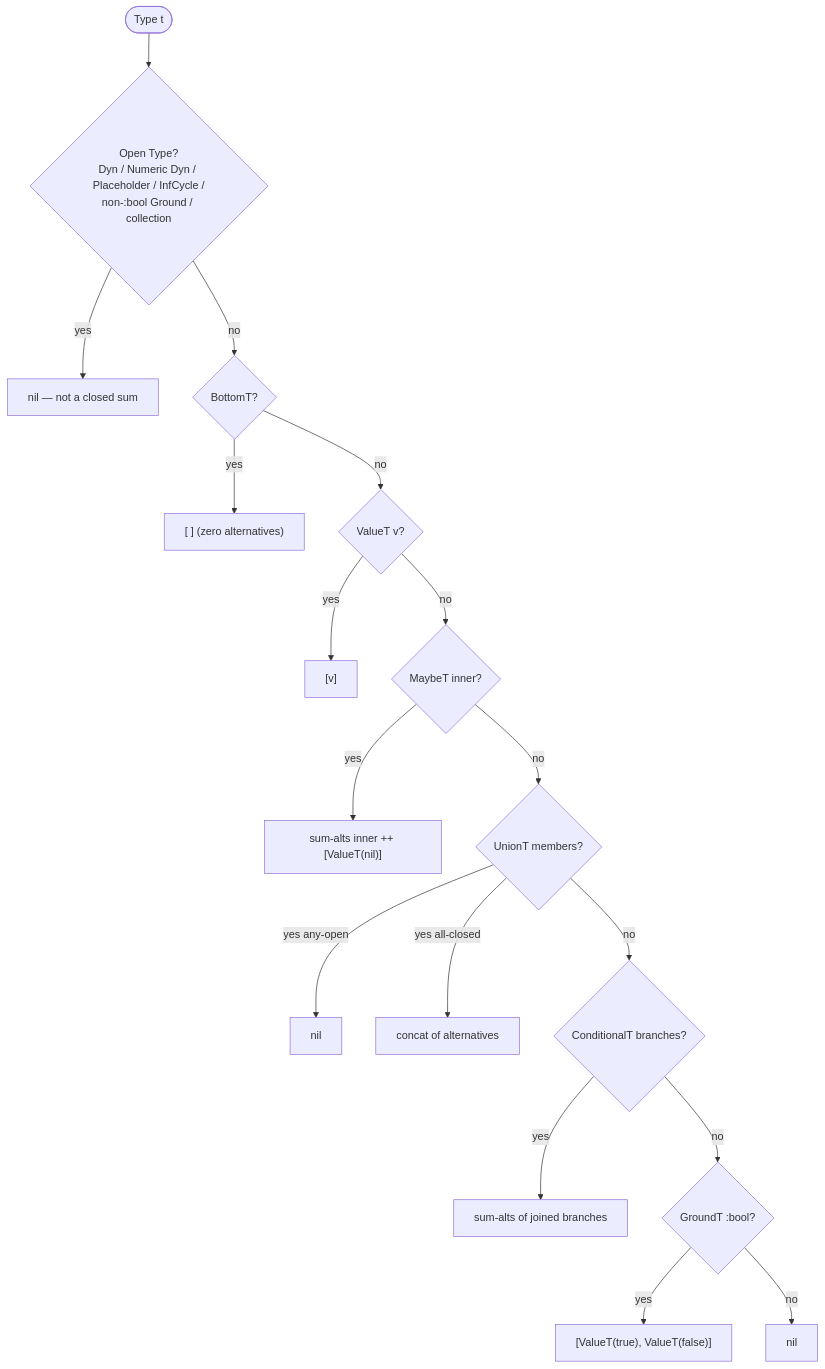
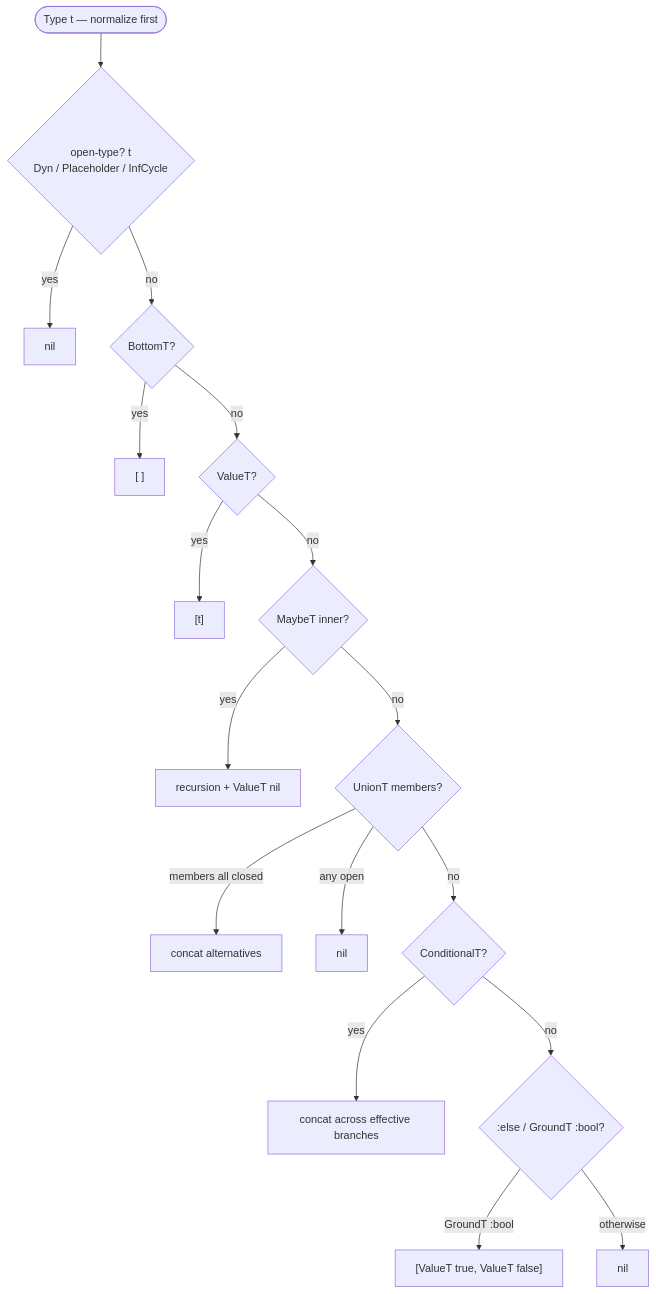
One commit to nomicflux/skeptic changed the diagram in skeptic/docs/walkthrough/07-closed-sum-exhaustiveness.md. Above: the diagram before and after it, drawn with Mermaid. The commit also changed other lines of this file and 12 other files, not shown here.

````diff
--- a/skeptic/docs/walkthrough/07-closed-sum-exhaustiveness.md
+++ b/skeptic/docs/walkthrough/07-closed-sum-exhaustiveness.md
@@ -81,21 +136,21 @@
 ```mermaid
 flowchart TD
-  in([Type t])
-  isOpen{Open Type?<br/>Dyn / Numeric Dyn / Placeholder / InfCycle /<br/>non-:bool Ground / collection}
+  in([Type t — normalize first])
+  isOpen{open-type? t<br/>Dyn / Placeholder / InfCycle}
   in --> isOpen
-  isOpen -->|yes| open[nil — not a closed sum]
+  isOpen -->|yes| open[nil]
   isOpen -->|no| isBot{BottomT?}
-  isBot -->|yes| bot["[ ]  (zero alternatives)"]
-  isBot -->|no| isVal{ValueT v?}
-  isVal -->|yes| valr["[v]"]
+  isBot -->|yes| bot["[ ]"]
+  isBot -->|no| isVal{ValueT?}
+  isVal -->|yes| valr["[t]"]
   isVal -->|no| isMaybe{MaybeT inner?}
-  isMaybe -->|yes| maybeR["sum-alts inner ++ [ValueT(nil)]"]
+  isMaybe -->|yes| maybeR[recursion + ValueT nil]
   isMaybe -->|no| isUnion{UnionT members?}
-  isUnion -->|yes any-open| openU[nil]
-  isUnion -->|yes all-closed| concatU[concat of alternatives]
-  isUnion -->|no| isCond{ConditionalT branches?}
-  isCond -->|yes| condR[sum-alts of joined branches]
-  isCond -->|no| isBool{GroundT :bool?}
-  isBool -->|yes| boolR["[ValueT(true), ValueT(false)]"]
-  isBool -->|no| else[nil]
+  isUnion -->|members all closed| concatU[concat alternatives]
+  isUnion -->|any open| openU[nil]
+  isUnion -->|no| isCond{ConditionalT?}
+  isCond -->|yes| condR[concat across effective branches]
+  isCond -->|no| isBool{:else / GroundT :bool?}
+  isBool -->|GroundT :bool| boolR["[ValueT true, ValueT false]"]
+  isBool -->|otherwise| else[nil]
 ```
````
